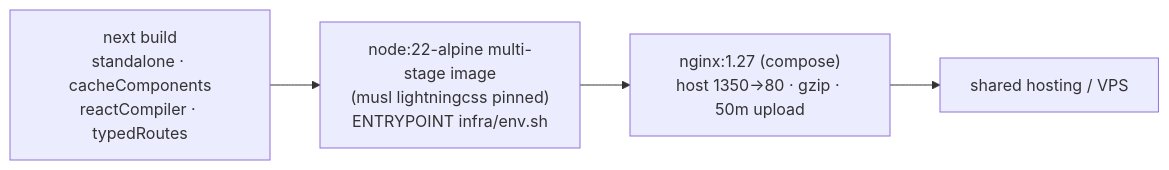
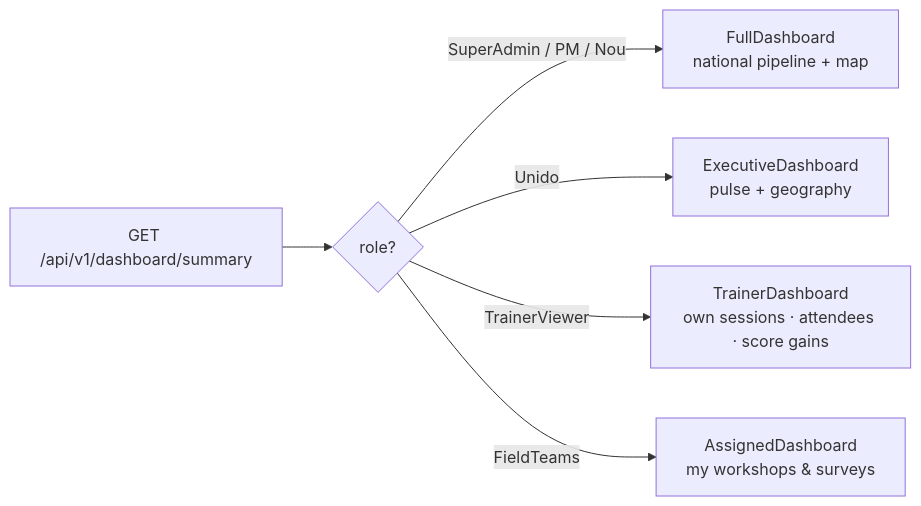
One commit to Zahrannnn/rac-frontend changed the third of 4 diagrams in README.md. Above: the diagram before and after it, drawn with Mermaid. The commit also changed other lines of this file, not shown here.

First line of the commit message:
docs: professional README remake — diagrams, auth lifecycle, role surfaces, real CI/CD

````diff
--- a/README.md
+++ b/README.md
@@ -125,6 +133,8 @@
 ```mermaid
 flowchart LR
-    SRC["next build<br/>standalone · cacheComponents<br/>reactCompiler · typedRoutes"] --> IMG["node:22-alpine multi-stage image<br/>(musl lightningcss pinned)<br/>ENTRYPOINT infra/env.sh"]
-    IMG --> NGINX["nginx:1.27 (compose)<br/>host 1350→80 · gzip · 50m upload"]
-    NGINX --> LIVE["shared hosting / VPS"]
+    R["GET /api/v1/dashboard/summary"] --> S{"role?"}
+    S -- "SuperAdmin / PM / Nou" --> FULL["FullDashboard<br/>national pipeline + map"]
+    S -- "Unido" --> EXEC["ExecutiveDashboard<br/>pulse + geography"]
+    S -- "TrainerViewer" --> TRN["TrainerDashboard<br/>own sessions · attendees · score gains"]
+    S -- "FieldTeams" --> ASG["AssignedDashboard<br/>my workshops & surveys"]
 ```
````
